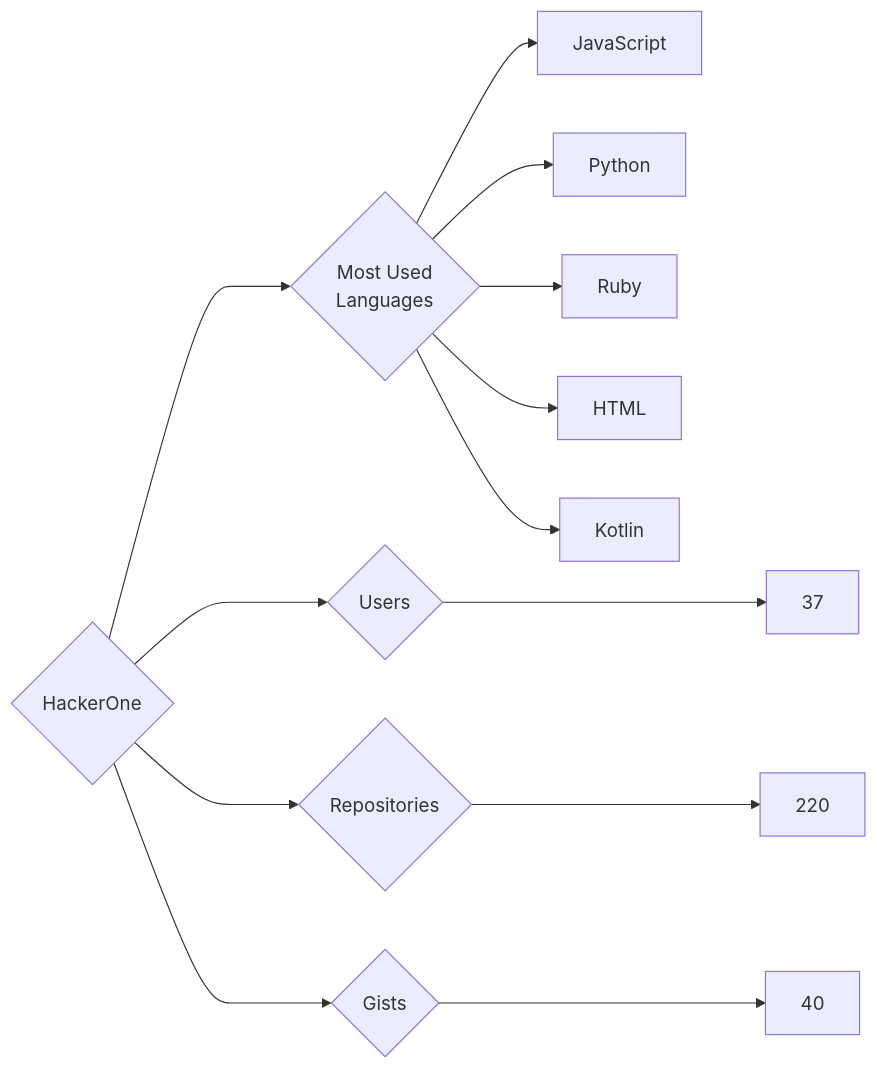
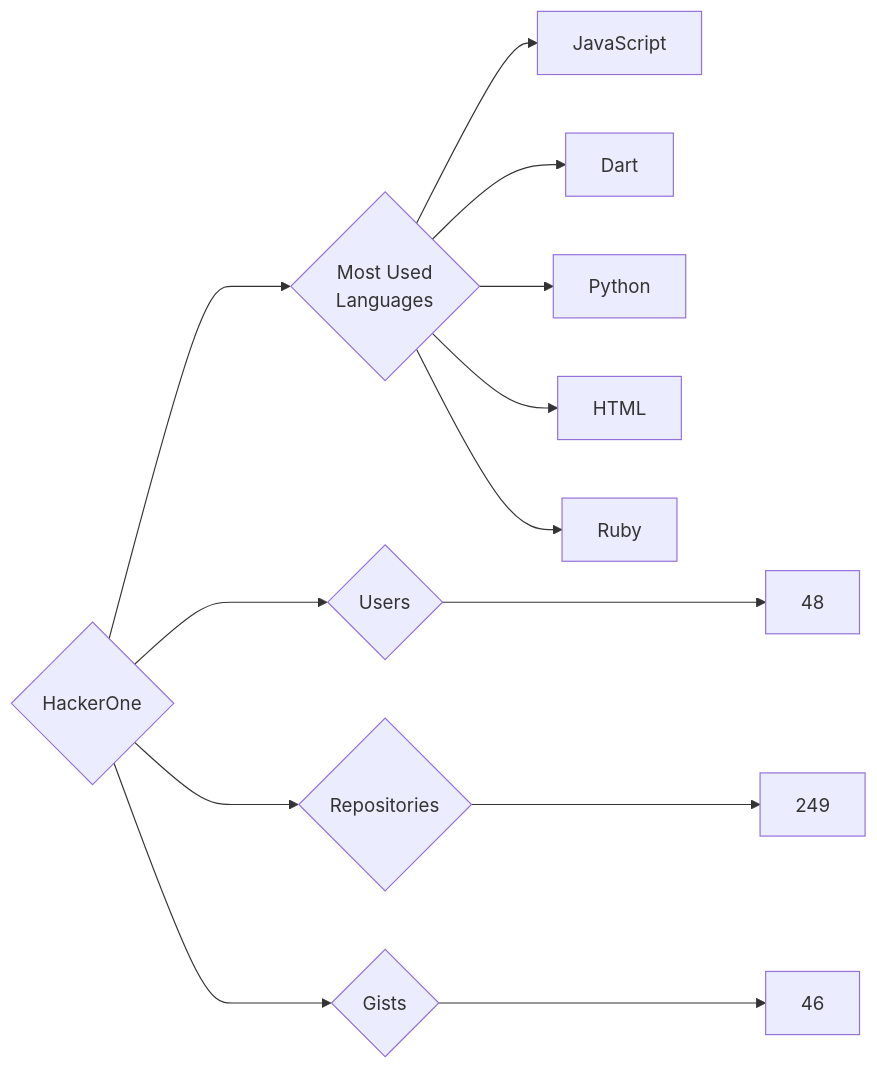
Before and after one commit to trickest/insiders: the diagram in targets/HackerOne/README.md, drawn with Mermaid. The commit also changed 951 other files, not shown here.

````diff
--- a/targets/HackerOne/README.md
+++ b/targets/HackerOne/README.md
@@ -3,13 +3,13 @@
 ```mermaid
 graph LR
 COMPANY_NAME{HackerOne}
-COMPANY_NAME ---> U{Users} ---> UN[37]
-COMPANY_NAME ---> R{Repositories} ---> RN[220]
-COMPANY_NAME ---> G{Gists} ---> GN[40]
+COMPANY_NAME ---> U{Users} ---> UN[48]
+COMPANY_NAME ---> R{Repositories} ---> RN[249]
+COMPANY_NAME ---> G{Gists} ---> GN[46]
 COMPANY_NAME ---> ML{Most Used<br>Languages}
 ML --> JavaScript[JavaScript]
+ML --> Dart[Dart]
 ML --> Python[Python]
+ML --> HTML[HTML]
 ML --> Ruby[Ruby]
-ML --> HTML[HTML]
-ML --> Kotlin[Kotlin]
 ```
````
